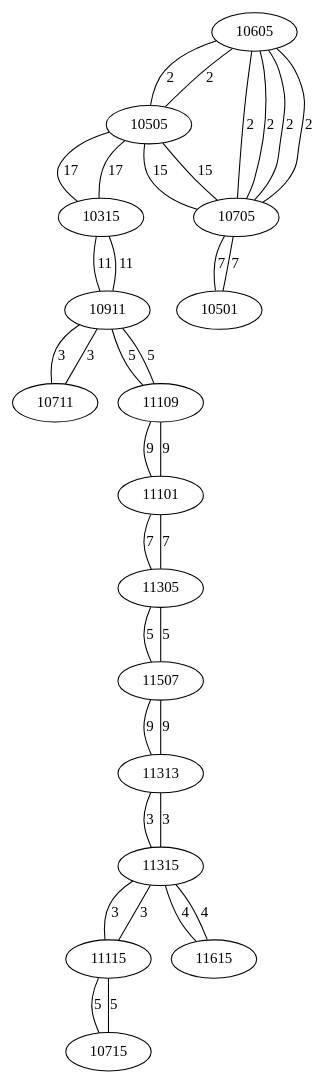
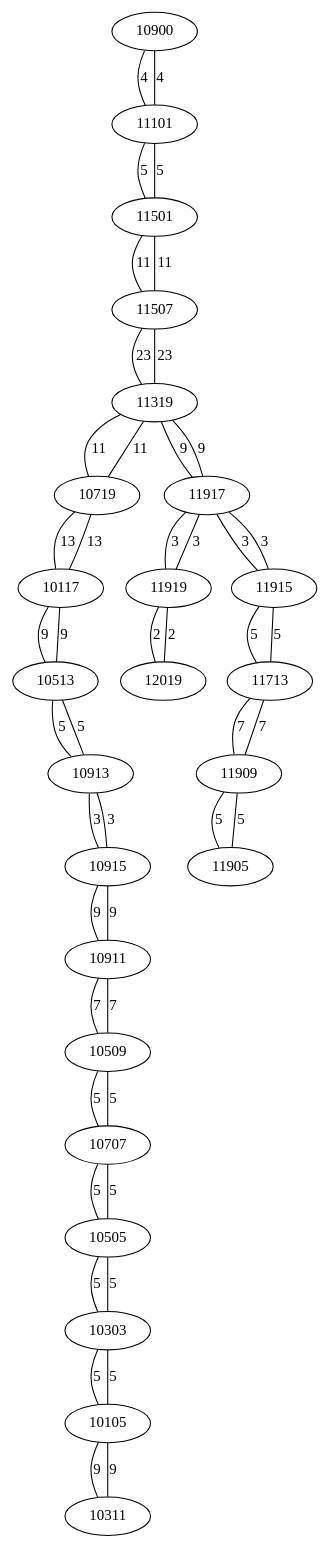
Before and after one commit to AsmNoob/Labyrinthe: the diagram in Graph.dot, drawn with Graphviz. The commit also changed 3 other files, not shown here.

Commit message:
[Graph]: Deleted a || condition

```diff
--- a/Graph.dot
+++ b/Graph.dot
@@ -1,38 +1,50 @@
 graph chemin {
 
-	10605 -- 10505 [label=2]
-	10605 -- 10705 [label=2]
-	10605 -- 10705 [label=2]
-	10505 -- 10605 [label=2]
-	10505 -- 10315 [label=17]
-	10505 -- 10705 [label=15]
-	10315 -- 10505 [label=17]
-	10315 -- 10911 [label=11]
-	10911 -- 10315 [label=11]
-	10911 -- 10711 [label=3]
-	10911 -- 11109 [label=5]
-	10711 -- 10911 [label=3]
-	11109 -- 10911 [label=5]
-	11109 -- 11101 [label=9]
-	11101 -- 11109 [label=9]
-	11101 -- 11305 [label=7]
-	11305 -- 11101 [label=7]
-	11305 -- 11507 [label=5]
-	11507 -- 11305 [label=5]
-	11507 -- 11313 [label=9]
-	11313 -- 11507 [label=9]
-	11313 -- 11315 [label=3]
-	11315 -- 11313 [label=3]
-	11315 -- 11115 [label=3]
-	11315 -- 11615 [label=4]
-	11115 -- 11315 [label=3]
-	11115 -- 10715 [label=5]
-	10715 -- 11115 [label=5]
-	11615 -- 11315 [label=4]
-	10705 -- 10505 [label=15]
-	10705 -- 10605 [label=2]
-	10705 -- 10501 [label=7]
-	10705 -- 10605 [label=2]
-	10501 -- 10705 [label=7]
+	10900 -- 11101 [label=4]
+	11101 -- 10900 [label=4]
+	11101 -- 11501 [label=5]
+	11501 -- 11101 [label=5]
+	11501 -- 11507 [label=11]
+	11507 -- 11501 [label=11]
+	11507 -- 11319 [label=23]
+	11319 -- 11507 [label=23]
+	11319 -- 10719 [label=11]
+	11319 -- 11917 [label=9]
+	10719 -- 11319 [label=11]
+	10719 -- 10117 [label=13]
+	10117 -- 10719 [label=13]
+	10117 -- 10513 [label=9]
+	10513 -- 10117 [label=9]
+	10513 -- 10913 [label=5]
+	10913 -- 10513 [label=5]
+	10913 -- 10915 [label=3]
+	10915 -- 10913 [label=3]
+	10915 -- 10911 [label=9]
+	10911 -- 10915 [label=9]
+	10911 -- 10509 [label=7]
+	10509 -- 10911 [label=7]
+	10509 -- 10707 [label=5]
+	10707 -- 10509 [label=5]
+	10707 -- 10505 [label=5]
+	10505 -- 10707 [label=5]
+	10505 -- 10303 [label=5]
+	10303 -- 10505 [label=5]
+	10303 -- 10105 [label=5]
+	10105 -- 10303 [label=5]
+	10105 -- 10311 [label=9]
+	10311 -- 10105 [label=9]
+	11917 -- 11319 [label=9]
+	11917 -- 11919 [label=3]
+	11917 -- 11915 [label=3]
+	11919 -- 11917 [label=3]
+	11919 -- 12019 [label=2]
+	12019 -- 11919 [label=2]
+	11915 -- 11917 [label=3]
+	11915 -- 11713 [label=5]
+	11713 -- 11915 [label=5]
+	11713 -- 11909 [label=7]
+	11909 -- 11713 [label=7]
+	11909 -- 11905 [label=5]
+	11905 -- 11909 [label=5]
 
 }
```
